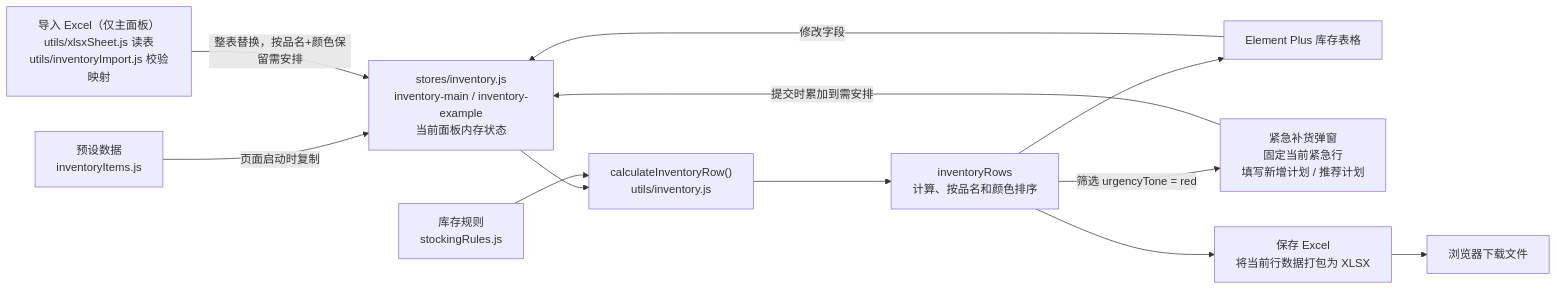
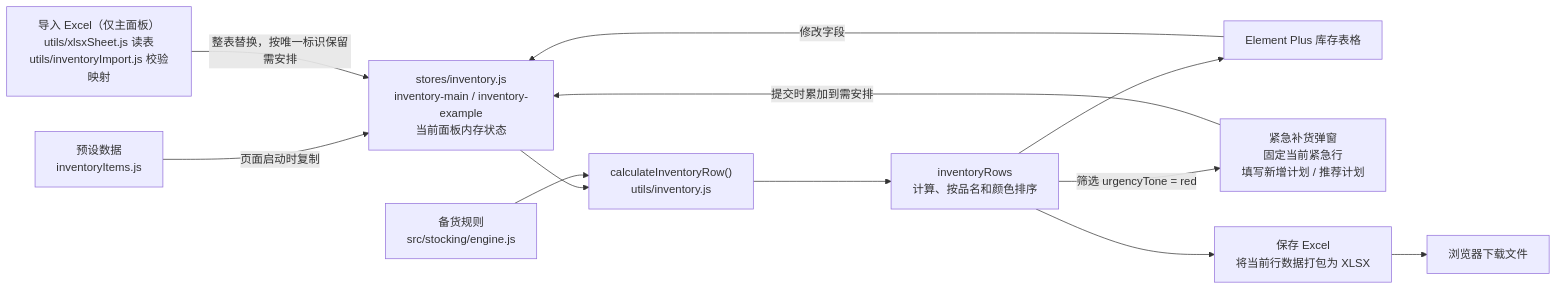
Before and after one commit to HugoCosette/kucunyujing: the second of 2 diagrams in 项目架构图.md, drawn with Mermaid. The commit also changed other lines of this file and 39 other files, not shown here.

````diff
--- a/项目架构图.md
+++ b/项目架构图.md
@@ -54,24 +54,24 @@
 ```mermaid
 flowchart LR
     Seed["预设数据<br/>inventoryItems.js"]
     State["stores/inventory.js<br/>inventory-main / inventory-example<br/>当前面板内存状态"]
-    Rules["库存规则<br/>stockingRules.js"]
+    Rules["备货规则<br/>src/stocking/engine.js"]
     Calc["calculateInventoryRow()<br/>utils/inventory.js"]
     Rows["inventoryRows<br/>计算、按品名和颜色排序"]
     Table["Element Plus 库存表格"]
     Urgent["紧急补货弹窗<br/>固定当前紧急行<br/>填写新增计划 / 推荐计划"]
     Export["保存 Excel<br/>将当前行数据打包为 XLSX"]
     Import["导入 Excel（仅主面板）<br/>utils/xlsxSheet.js 读表<br/>utils/inventoryImport.js 校验映射"]
     Download["浏览器下载文件"]
 
     Seed -->|"页面启动时复制"| State
     State --> Calc
     Rules --> Calc
     Calc --> Rows
     Rows --> Table
     Rows -->|"筛选 urgencyTone = red"| Urgent
     Table -->|"修改字段"| State
     Urgent -->|"提交时累加到需安排"| State
-    Import -->|"整表替换，按品名+颜色保留需安排"| State
+    Import -->|"整表替换，按唯一标识保留需安排"| State
     Rows --> Export --> Download
 ```
````
